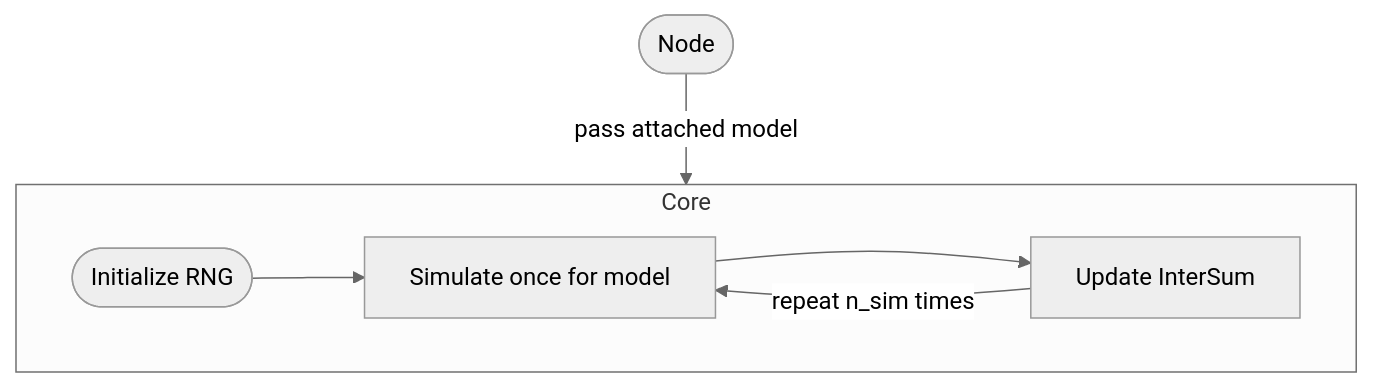
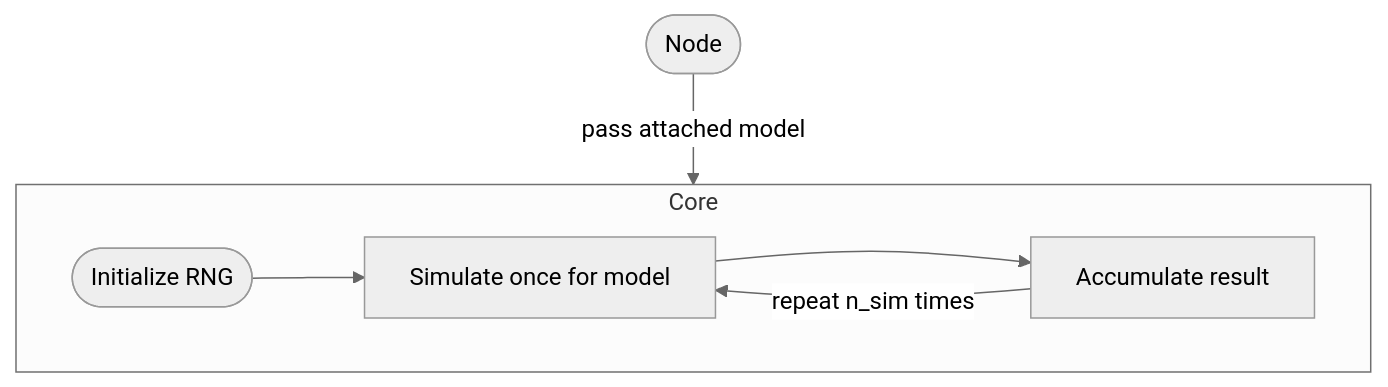
The second of 4 diagrams in docs/design/model/model.md (Confirm-Solutions/imprint), drawn with Mermaid (neutral theme) before and after one commit. The commit also changed other lines of this file and 11 other files, not shown here.

````diff
--- a/docs/design/model/model.md
+++ b/docs/design/model/model.md
@@ -53,13 +53,13 @@
 ```mermaid
 flowchart TB
     n([Node]);
    
     %% Core subgraph
     subgraph ft_subg [Core]
         set_rng([Initialize RNG]) 
         set_rng --> simulate[Simulate once for model]
-        simulate --> is_update[Update InterSum]
+        simulate --> is_update[Accumulate result]
         is_update -->|repeat n_sim times| simulate
     end
     n -->|pass attached model| ft_subg
 ```
````
